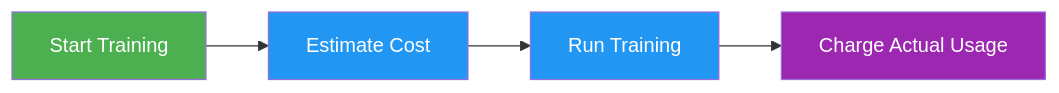
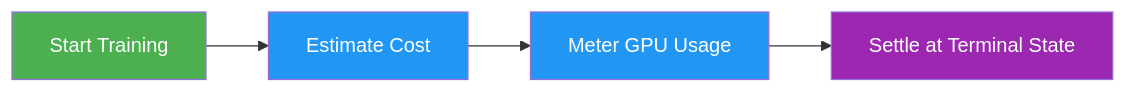
Before and after one commit to Rehman-AD/cv-yolov8-core: the diagram in docs/en/platform/account/billing.md, drawn with Mermaid. The commit also changed other lines of this file and 32 other files, not shown here.

````diff
--- a/docs/en/platform/account/billing.md
+++ b/docs/en/platform/account/billing.md
@@ -158,10 +181,10 @@
 ```mermaid
 flowchart LR
     A[Start Training]:::start --> B[Estimate Cost]:::proc
-    B --> C[Run Training]:::proc
-    C --> D[Charge Actual Usage]:::out
+    B --> C[Meter GPU Usage]:::proc
+    C --> D[Settle at Terminal State]:::out
 
     classDef start fill:#4CAF50,color:#fff
     classDef proc fill:#2196F3,color:#fff
     classDef out fill:#9C27B0,color:#fff
 ```
````
